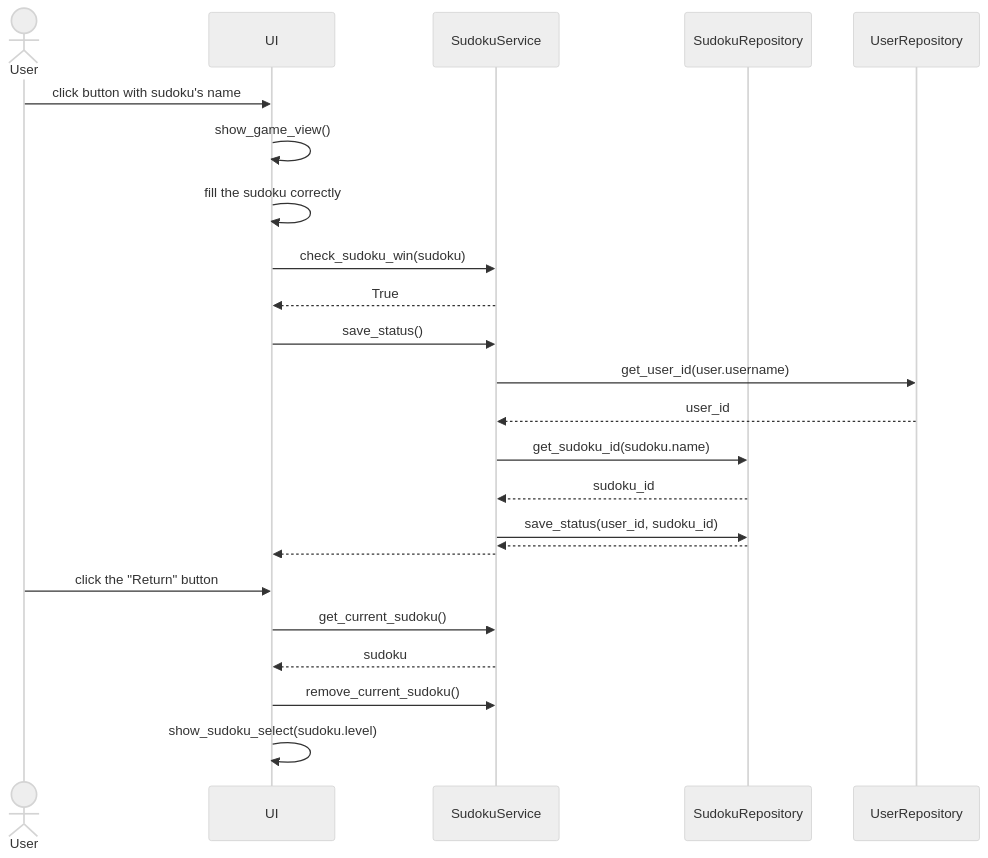
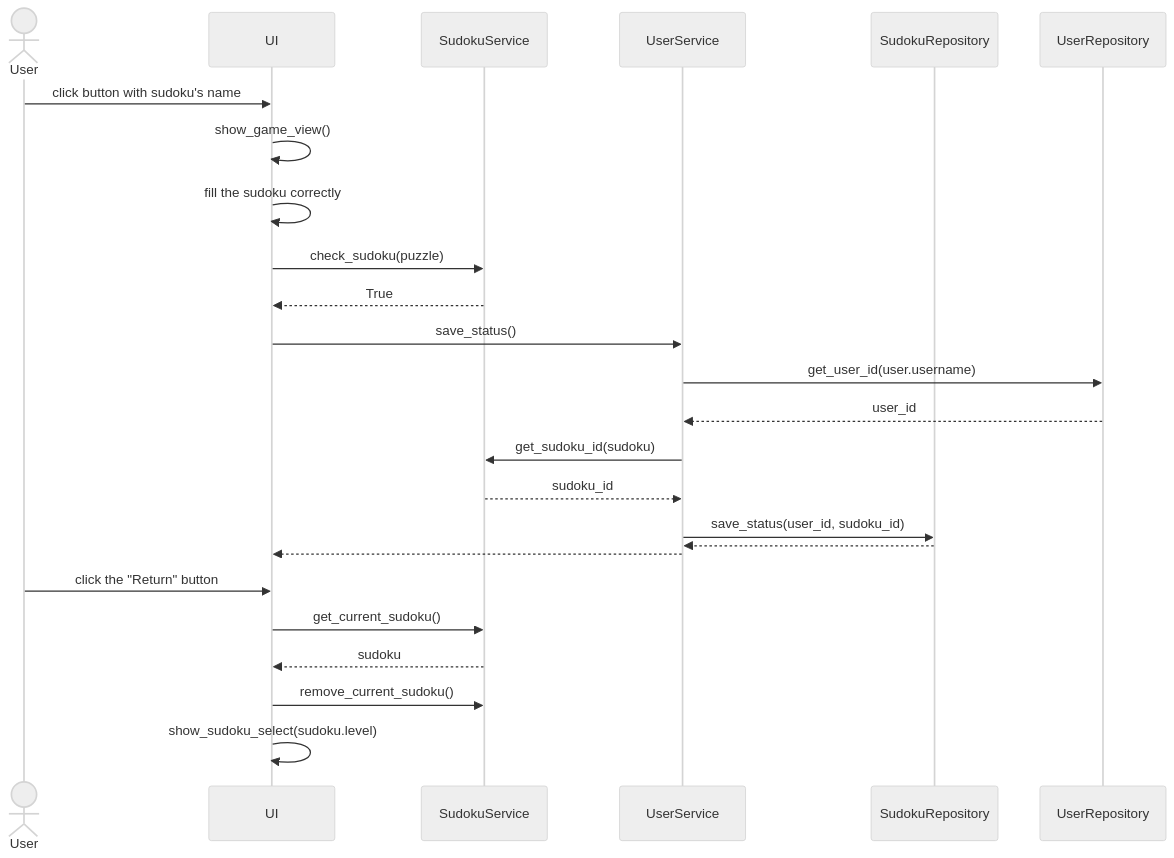
The fourth of 6 diagrams in dokumentaatio/arkkitehtuuri.md (jnnhan/ot-harjoitustyo), drawn with Mermaid (neutral theme) before and after one commit. The commit also changed other lines of this file and 5 other files, not shown here.

````diff
--- a/dokumentaatio/arkkitehtuuri.md
+++ b/dokumentaatio/arkkitehtuuri.md
@@ -123,26 +115,27 @@
 ```mermaid
 sequenceDiagram
     actor User
     participant UI
     participant SudokuService
+    participant UserService
     participant SudokuRepository
     participant UserRepository
     User->>UI: click button with sudoku's name
     UI->>UI: show_game_view()
     UI->>UI: fill the sudoku correctly
-    UI->> SudokuService: check_sudoku_win(sudoku)
+    UI->> SudokuService: check_sudoku(puzzle)
     SudokuService-->>UI: True
-    UI->>SudokuService: save_status()
-    SudokuService->>UserRepository: get_user_id(user.username)
-    UserRepository-->>SudokuService: user_id
-    SudokuService->>SudokuRepository: get_sudoku_id(sudoku.name)
-    SudokuRepository-->>SudokuService: sudoku_id
-    SudokuService->>SudokuRepository: save_status(user_id, sudoku_id)
-    SudokuRepository-->>SudokuService: 
-    SudokuService-->>UI: 
+    UI->>UserService: save_status()
+    UserService->>UserRepository: get_user_id(user.username)
+    UserRepository-->>UserService: user_id
+    UserService->>SudokuService: get_sudoku_id(sudoku)
+    SudokuService-->>UserService: sudoku_id
+    UserService->>SudokuRepository: save_status(user_id, sudoku_id)
+    SudokuRepository-->>UserService: 
+    UserService-->>UI: 
     User->>UI: click the "Return" button
     UI->>SudokuService: get_current_sudoku()
     SudokuService-->>UI: sudoku
     UI->>SudokuService: remove_current_sudoku()
     UI->>UI: show_sudoku_select(sudoku.level)
 ```
````
